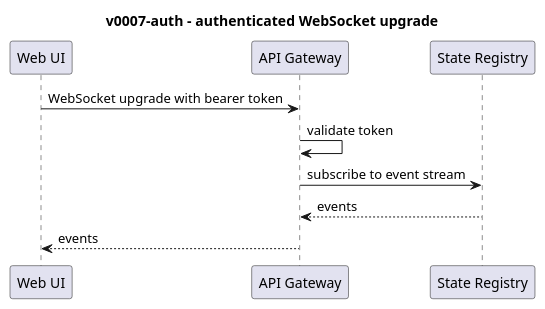
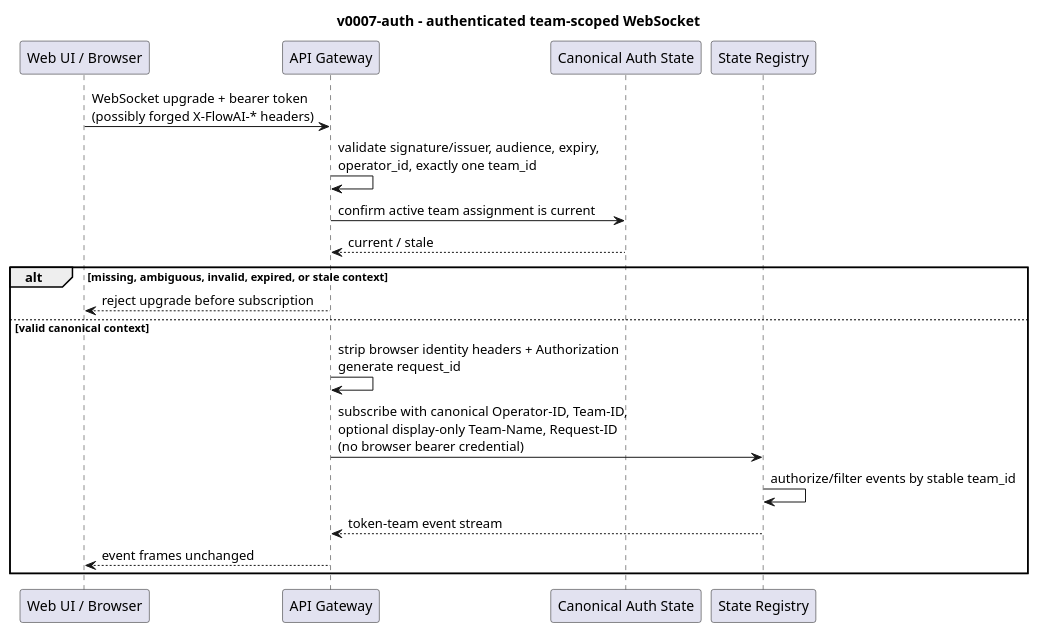
The diagram in openspec/changes/v0007-auth/specs/diagrams/03-authenticated-websocket.puml (pandops/flowai), drawn with PlantUML before and after one commit. The commit also changed other lines of this file and 2 other files, not shown here.

Commit message:
docs(auth): document authentication flows
Ultraworked with [Sisyphus](https://github.com/code-yeongyu/oh-my-openagent)

```diff
--- a/openspec/changes/v0007-auth/specs/diagrams/03-authenticated-websocket.puml
+++ b/openspec/changes/v0007-auth/specs/diagrams/03-authenticated-websocket.puml
@@ -1,14 +2,23 @@
 @startuml
-title v0007-auth - authenticated WebSocket upgrade
+title v0007-auth - authenticated team-scoped WebSocket
 
-participant "Web UI" as UI
+participant "Web UI / Browser" as UI
 participant "API Gateway" as GW
+participant "Canonical Auth State" as Auth
 participant "State Registry" as State
 
-UI -> GW : WebSocket upgrade with bearer token
-GW -> GW : validate token
-GW -> State : subscribe to event stream
-State --> GW : events
-GW --> UI : events
+UI -> GW : WebSocket upgrade + bearer token\n(possibly forged X-FlowAI-* headers)
+GW -> GW : validate signature/issuer, audience, expiry,\noperator_id, exactly one team_id
+GW -> Auth : confirm active team assignment is current
+Auth --> GW : current / stale
+alt missing, ambiguous, invalid, expired, or stale context
+  GW --> UI : reject upgrade before subscription
+else valid canonical context
+  GW -> GW : strip browser identity headers + Authorization\ngenerate request_id
+  GW -> State : subscribe with canonical Operator-ID, Team-ID,\noptional display-only Team-Name, Request-ID\n(no browser bearer credential)
+  State -> State : authorize/filter events by stable team_id
+  State --> GW : token-team event stream
+  GW --> UI : event frames unchanged
+end
 
 @enduml
```
